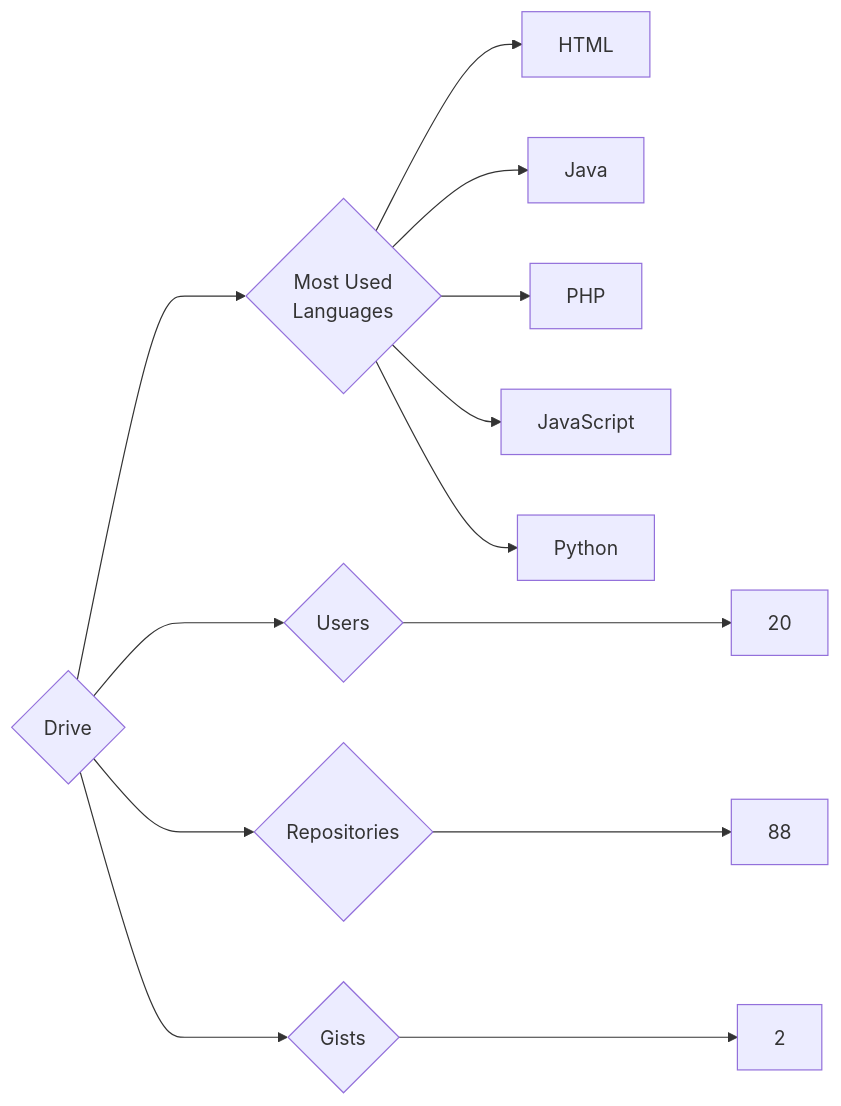
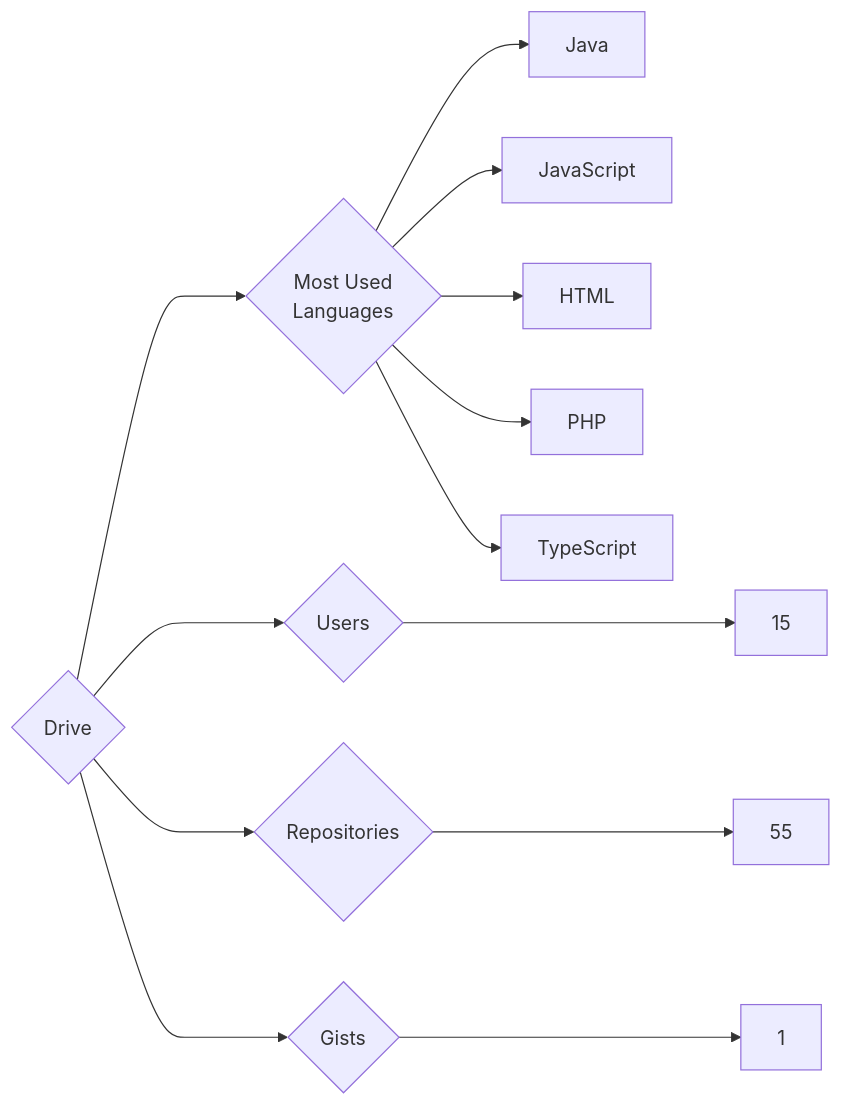
Before and after one commit to trickest/insiders: the diagram in targets/Drive/README.md, drawn with Mermaid. The commit also changed 688 other files, not shown here.

````diff
--- a/targets/Drive/README.md
+++ b/targets/Drive/README.md
@@ -3,13 +3,13 @@
 ```mermaid
 graph LR
 COMPANY_NAME{Drive}
-COMPANY_NAME ---> U{Users} ---> UN[20]
-COMPANY_NAME ---> R{Repositories} ---> RN[88]
-COMPANY_NAME ---> G{Gists} ---> GN[2]
+COMPANY_NAME ---> U{Users} ---> UN[15]
+COMPANY_NAME ---> R{Repositories} ---> RN[55]
+COMPANY_NAME ---> G{Gists} ---> GN[1]
 COMPANY_NAME ---> ML{Most Used<br>Languages}
+ML --> Java[Java]
+ML --> JavaScript[JavaScript]
 ML --> HTML[HTML]
-ML --> Java[Java]
 ML --> PHP[PHP]
-ML --> JavaScript[JavaScript]
-ML --> Python[Python]
+ML --> TypeScript[TypeScript]
 ```
````
